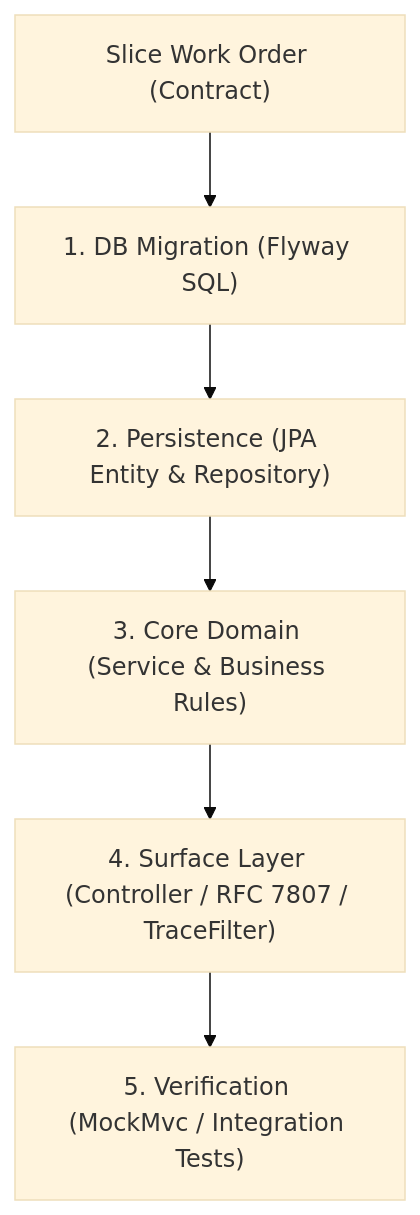
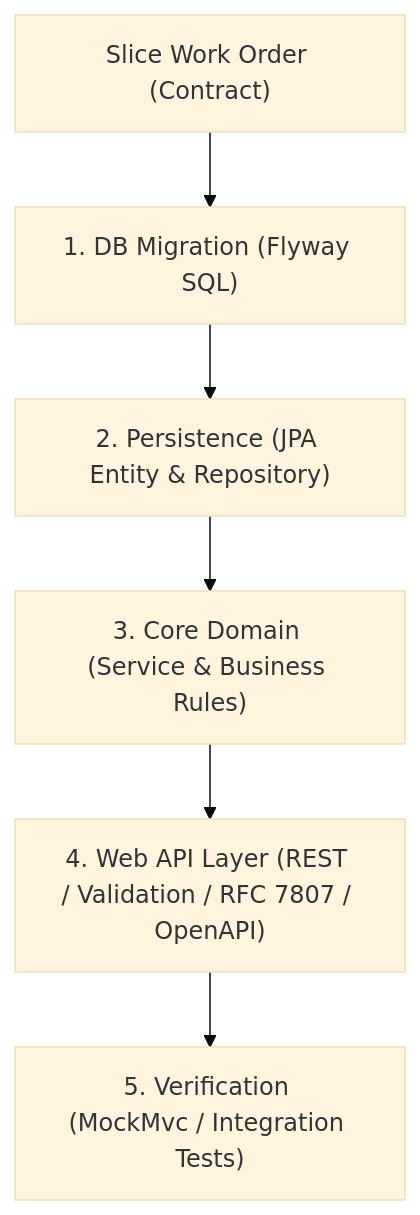
The diagram in src/java/03-Polaris/.agents/agents/domain-dev-agent.md (vungdv/hometask1), drawn with Mermaid (base theme) before and after one commit. The commit also changed other lines of this file and 1 other file, not shown here.

````diff
--- a/src/java/03-Polaris/.agents/agents/domain-dev-agent.md
+++ b/src/java/03-Polaris/.agents/agents/domain-dev-agent.md
@@ -25,8 +27,8 @@
 ```mermaid
 flowchart TD
     WO["Slice Work Order (Contract)"] --> V1["1. DB Migration (Flyway SQL)"]
     V1 --> V2["2. Persistence (JPA Entity & Repository)"]
     V2 --> V3["3. Core Domain (Service & Business Rules)"]
-    V3 --> V4["4. Surface Layer (Controller / RFC 7807 / TraceFilter)"]
+    V3 --> V4["4. Web API Layer (REST / Validation / RFC 7807 / OpenAPI)"]
     V4 --> V5["5. Verification (MockMvc / Integration Tests)"]
 ```
````
